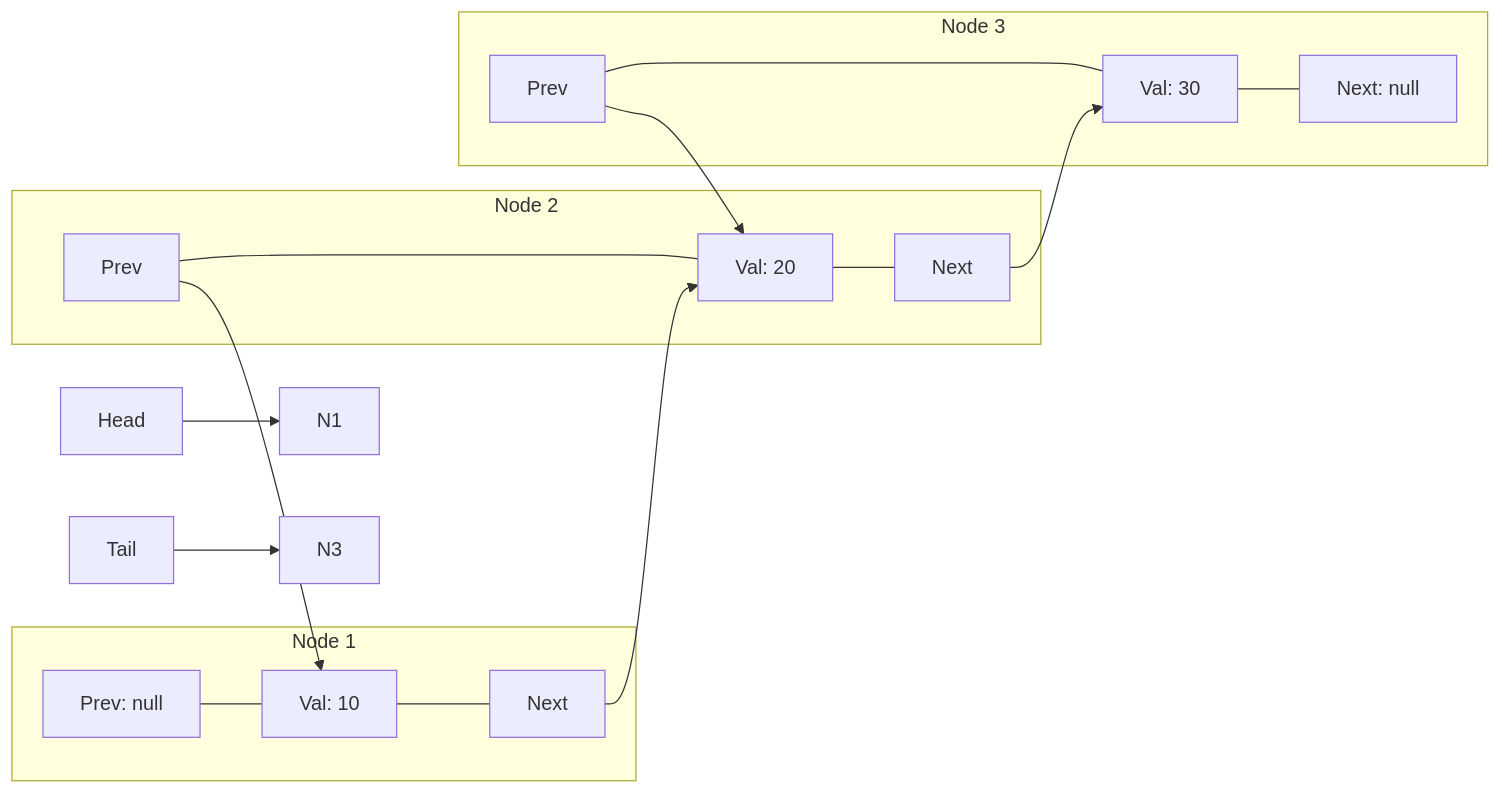
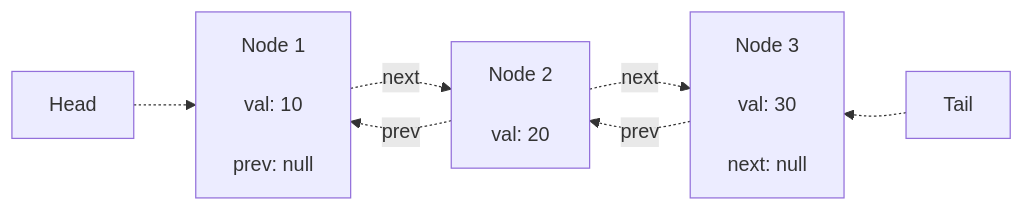
Before and after one commit to imkamaljain/engineering-interview-kit: the diagram in src/content/topics/dsa/linked-list/doubly-linked-list.mdx, drawn with Mermaid. The commit also changed 46 other files, not shown here.

````diff
--- a/src/content/topics/dsa/linked-list/doubly-linked-list.mdx
+++ b/src/content/topics/dsa/linked-list/doubly-linked-list.mdx
@@ -23,23 +23,17 @@
 ```mermaid
 flowchart LR
-    Head["Head"] --> N1
-    Tail["Tail"] --> N3
+    Head["Head"] -.-> N1
     
-    subgraph "Node 1"
-        P1["Prev: null"] --- V1["Val: 10"] --- NX1["Next"]
-    end
+    N1["Node 1<br/><br/>val: 10<br/><br/>prev: null"]
+    N2["Node 2<br/><br/>val: 20"]
+    N3["Node 3<br/><br/>val: 30<br/><br/>next: null"]
     
-    subgraph "Node 2"
-        P2["Prev"] --- V2["Val: 20"] --- NX2["Next"]
-    end
+    N1 -. next .-> N2
+    N2 -. prev .-> N1
     
-    subgraph "Node 3"
-        P3["Prev"] --- V3["Val: 30"] --- NX3["Next: null"]
-    end
+    N2 -. next .-> N3
+    N3 -. prev .-> N2
     
-    NX1 --> V2
-    P2 --> V1
-    
-    NX2 --> V3
-    P3 --> V2
+    N3 ~~~ Tail["Tail"]
+    Tail -.-> N3
 ```
````
